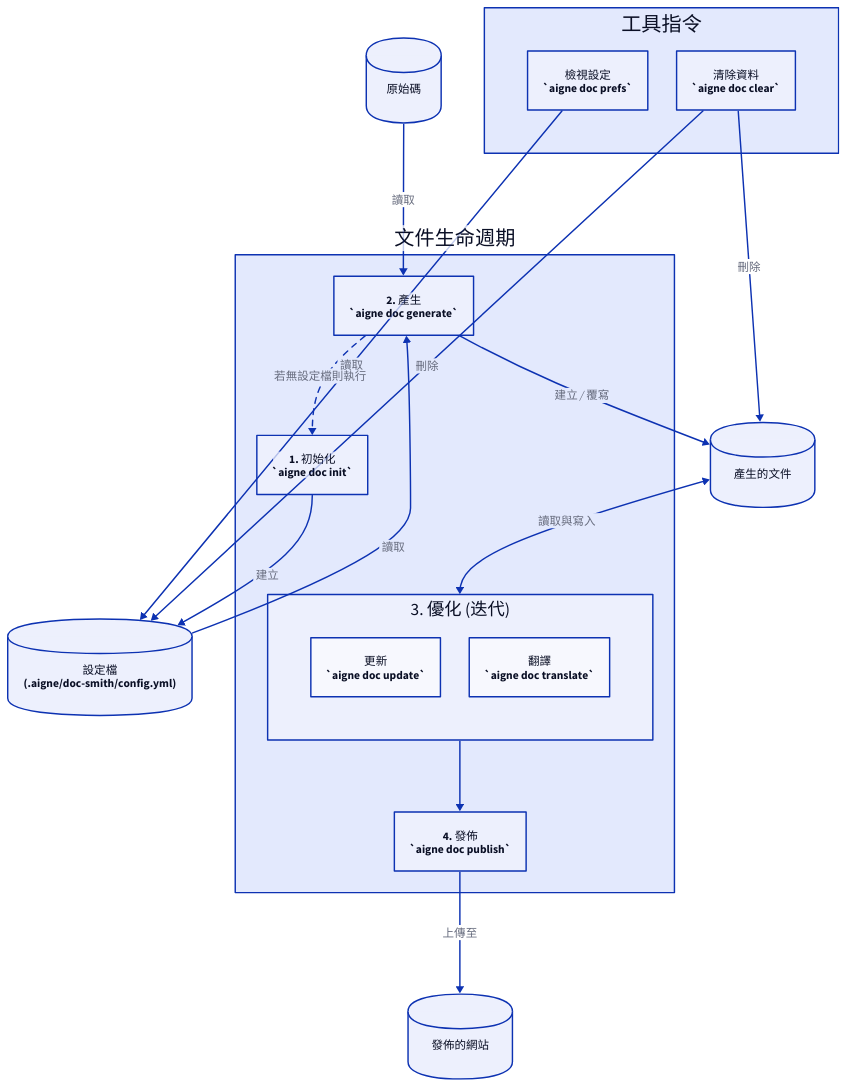
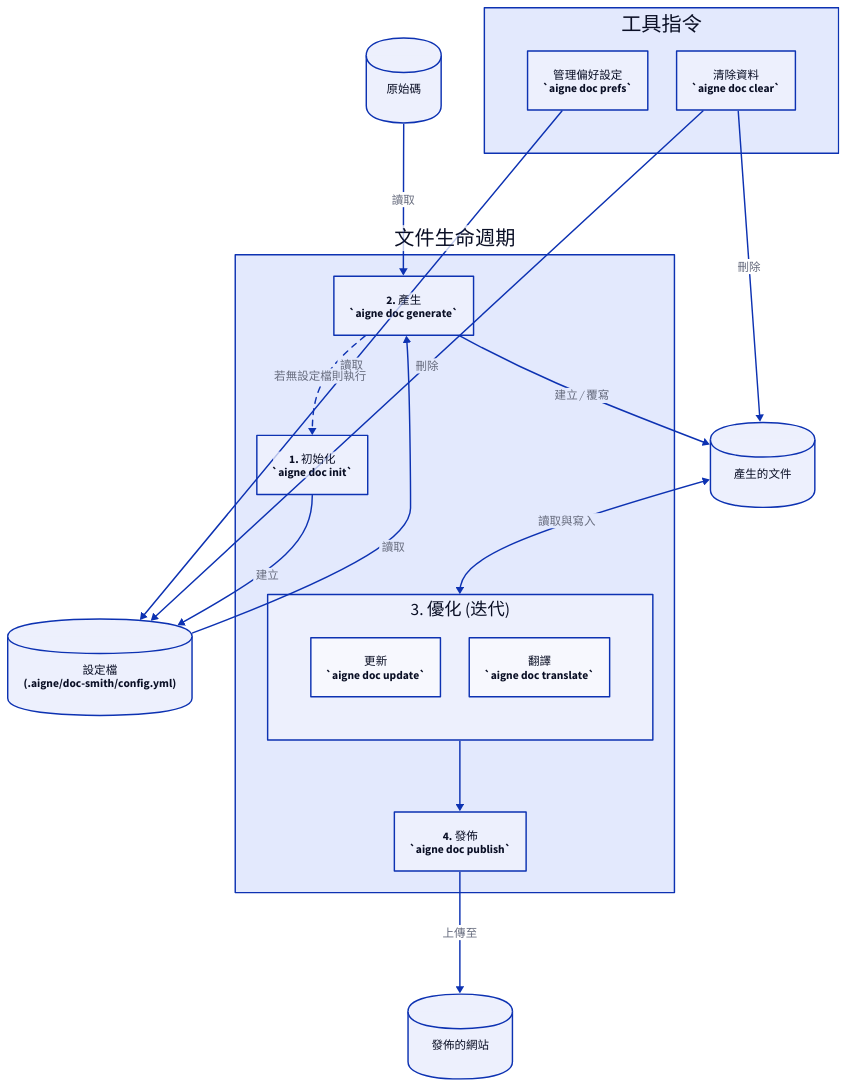
The diagram in docs/cli-reference.zh-TW.md (AIGNE-io/aigne-doc-smith), drawn with D2 before and after one commit. The commit also changed other lines of this file and 69 other files, not shown here.

````diff
--- a/docs/cli-reference.zh-TW.md
+++ b/docs/cli-reference.zh-TW.md
@@ -15,7 +15,7 @@
 ```d2
 direction: down
 
-# Artifacts
+# 產物
 Source-Code: {
   label: "原始碼"
   shape: cylinder
@@ -33,7 +33,7 @@
   shape: cylinder
 }
 
-# --- Core Workflow ---
+# --- 核心工作流程 ---
 Lifecycle: {
   label: "文件生命週期"
   
@@ -67,13 +67,13 @@
   }
 }
 
-# --- Utility Commands ---
+# --- 工具指令 ---
 Utilities: {
   label: "工具指令"
   grid-columns: 2
   
   prefs: {
-    label: "檢視設定\n`aigne doc prefs`"
+    label: "管理偏好設定\n`aigne doc prefs`"
     shape: rectangle
   }
   clear: {
@@ -83,9 +83,9 @@
 }
 
 
-# --- Connections ---
+# --- 連線 ---
 
-# Setup and Generation
+# 設定與產生
 Lifecycle.init -> Configuration: "建立"
 Source-Code -> Lifecycle.generate: "讀取"
 Configuration -> Lifecycle.generate: "讀取"
@@ -95,14 +95,14 @@
   style.stroke-dash: 4
 }
 
-# Refinement Loop
+# 優化迴圈
 Generated-Docs <-> Lifecycle.Refinement: "讀取與寫入"
 
-# Publishing
+# 發佈
 Lifecycle.Refinement -> Lifecycle.publish
 Lifecycle.publish -> Published-Docs: "上傳至"
 
-# Utility Connections
+# 工具連線
 Utilities.prefs -> Configuration: "讀取"
 Utilities.clear -> Configuration: "刪除"
 Utilities.clear -> Generated-Docs: "刪除"
````
